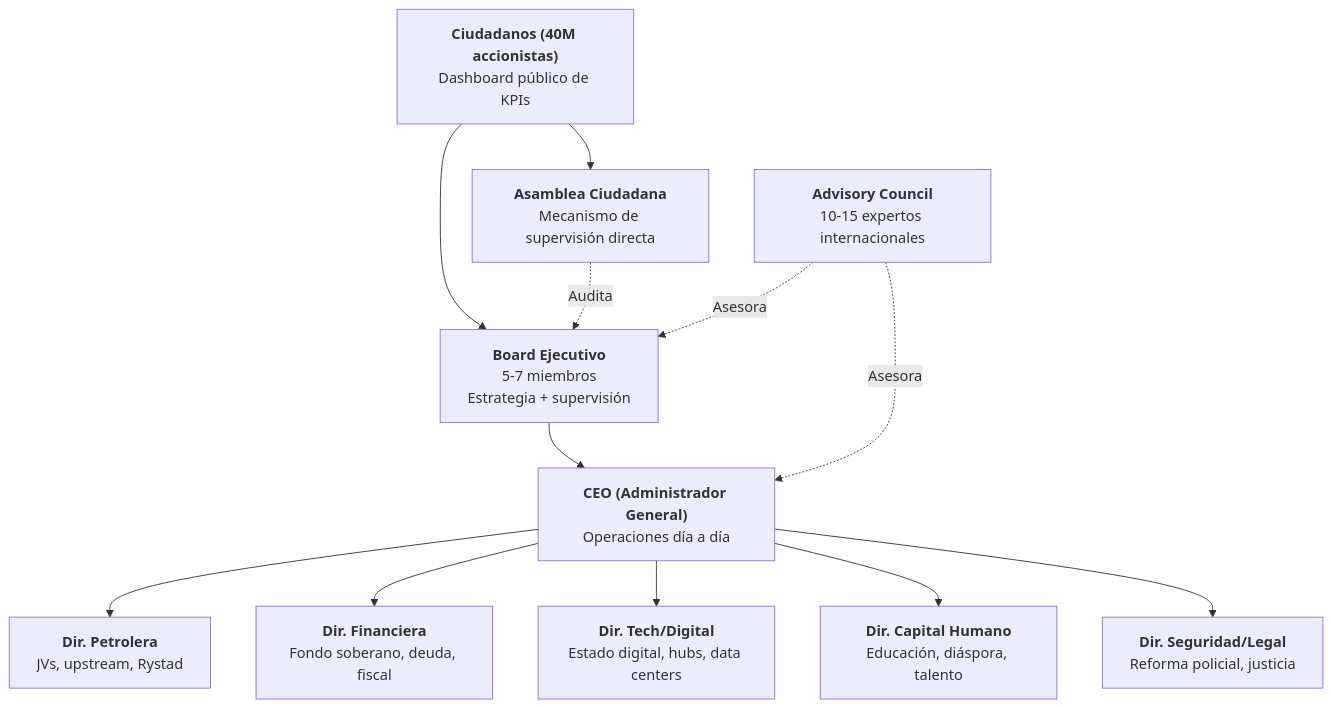
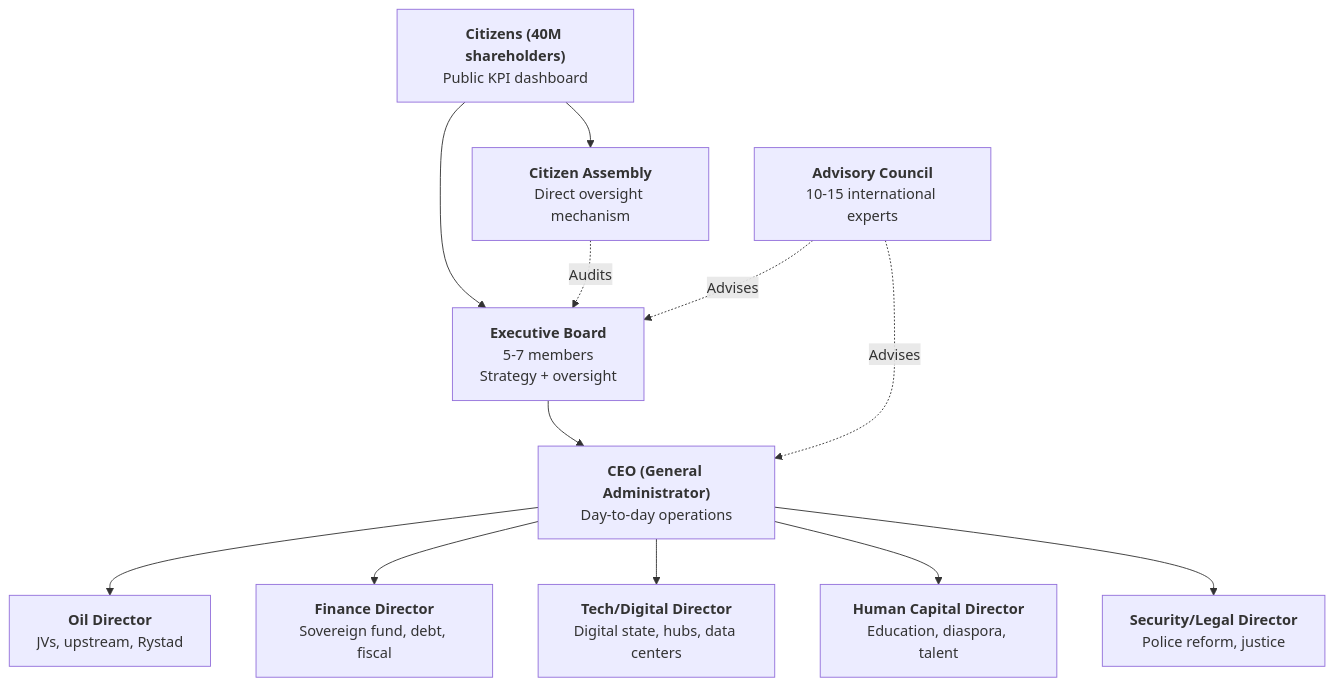
One commit to Venezuela-S-A/venezuela-sa changed the first of 2 diagrams in i18n/en/docusaurus-plugin-content-docs/current/07-ejecucion/equipo-ejecutor.md. Above: the diagram before and after it, drawn with Mermaid. The commit also changed other lines of this file and 127 other files, not shown here.

````diff
--- a/i18n/en/docusaurus-plugin-content-docs/current/07-ejecucion/equipo-ejecutor.md
+++ b/i18n/en/docusaurus-plugin-content-docs/current/07-ejecucion/equipo-ejecutor.md
@@ -24,17 +24,17 @@
 ```mermaid
 flowchart TD
-    CIT["<b>Ciudadanos (40M accionistas)</b><br/>Dashboard público de KPIs"] --> BE
-    CIT --> AC["<b>Asamblea Ciudadana</b><br/>Mecanismo de supervisión directa"]
+    CIT["<b>Citizens (40M shareholders)</b><br/>Public KPI dashboard"] --> BE
+    CIT --> AC["<b>Citizen Assembly</b><br/>Direct oversight mechanism"]
 
-    BE["<b>Board Ejecutivo</b><br/>5-7 miembros<br/>Estrategia + supervisión"] --> CEO["<b>CEO (Administrador General)</b><br/>Operaciones día a día"]
-    AC -.->|"Audita"| BE
+    BE["<b>Executive Board</b><br/>5-7 members<br/>Strategy + oversight"] --> CEO["<b>CEO (General Administrator)</b><br/>Day-to-day operations"]
+    AC -.->|"Audits"| BE
 
-    CEO --> DP["<b>Dir. Petrolera</b><br/>JVs, upstream, Rystad"]
-    CEO --> DF["<b>Dir. Financiera</b><br/>Fondo soberano, deuda, fiscal"]
-    CEO --> DT["<b>Dir. Tech/Digital</b><br/>Estado digital, hubs, data centers"]
-    CEO --> DCH["<b>Dir. Capital Humano</b><br/>Educación, diáspora, talento"]
-    CEO --> DSL["<b>Dir. Seguridad/Legal</b><br/>Reforma policial, justicia"]
+    CEO --> DP["<b>Oil Director</b><br/>JVs, upstream, Rystad"]
+    CEO --> DF["<b>Finance Director</b><br/>Sovereign fund, debt, fiscal"]
+    CEO --> DT["<b>Tech/Digital Director</b><br/>Digital state, hubs, data centers"]
+    CEO --> DCH["<b>Human Capital Director</b><br/>Education, diaspora, talent"]
+    CEO --> DSL["<b>Security/Legal Director</b><br/>Police reform, justice"]
 
-    ADV["<b>Advisory Council</b><br/>10-15 expertos internacionales"] -.->|"Asesora"| BE
-    ADV -.->|"Asesora"| CEO
+    ADV["<b>Advisory Council</b><br/>10-15 international experts"] -.->|"Advises"| BE
+    ADV -.->|"Advises"| CEO
 ```
````
